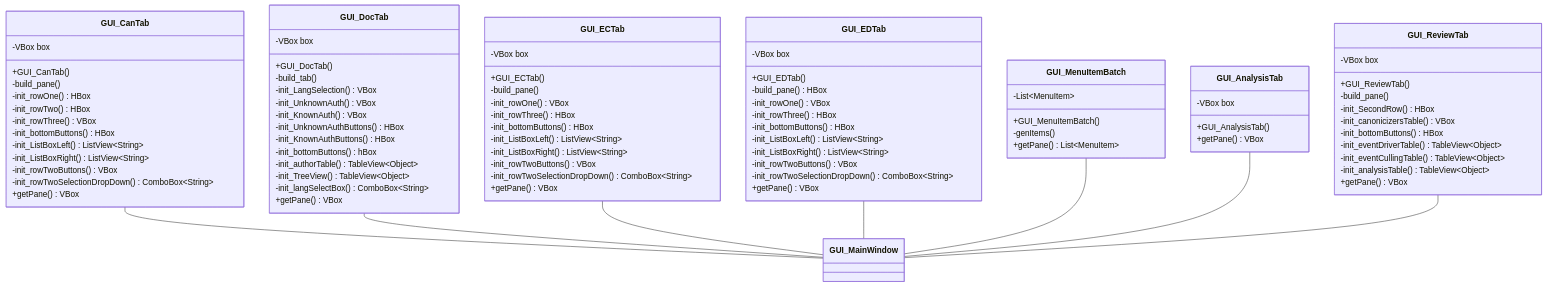
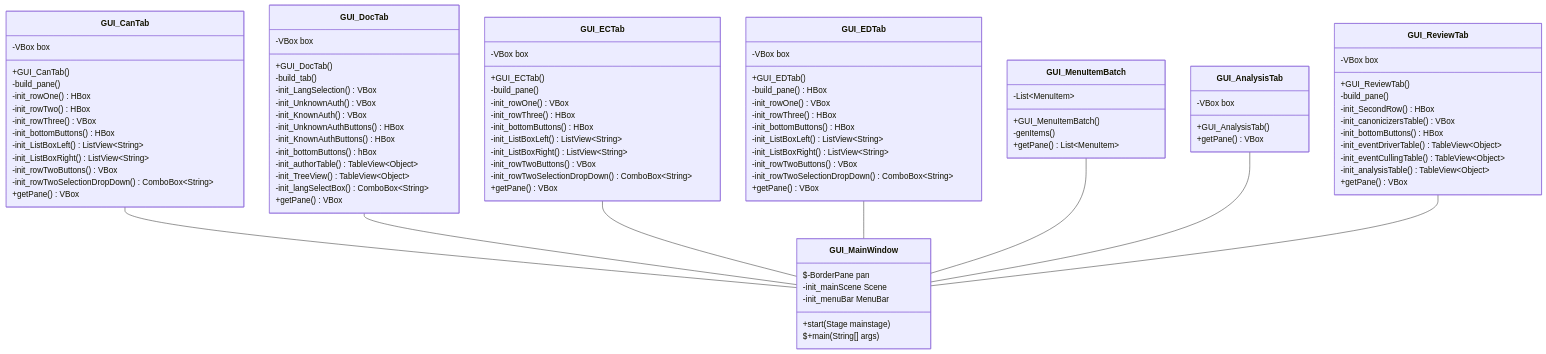
One commit to IComplainInComments/JGAAP_JavaFX changed the diagram in Design.md. Above: the diagram before and after it, drawn with Mermaid. The commit also changed 1 other file, not shown here.

```diff
--- a/Design.md
+++ b/Design.md
@@ -68,6 +68,11 @@
         +getPane() VBox
     }
     class GUI_MainWindow{
+        $-BorderPane pan
+        +start(Stage mainstage)
+        $+main(String[] args)
+        -init_mainScene Scene
+        -init_menuBar MenuBar
 
     }
     class GUI_MenuItemBatch{
```
